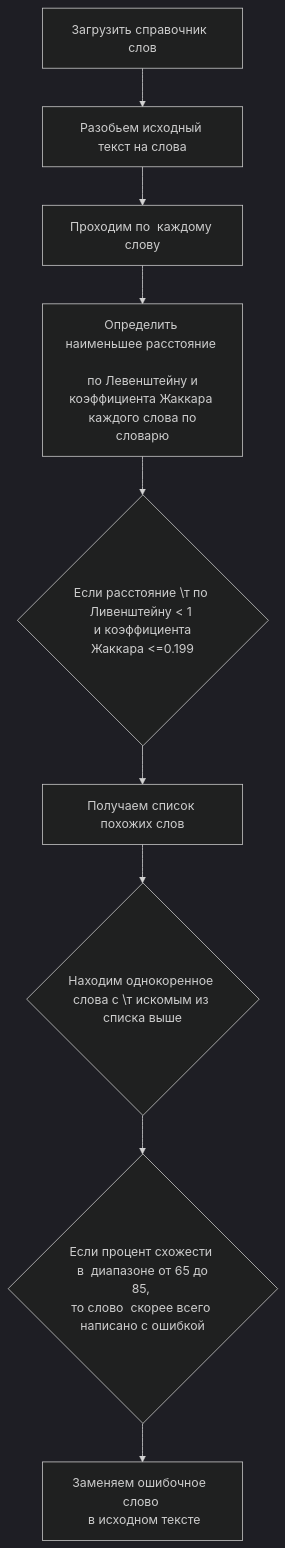
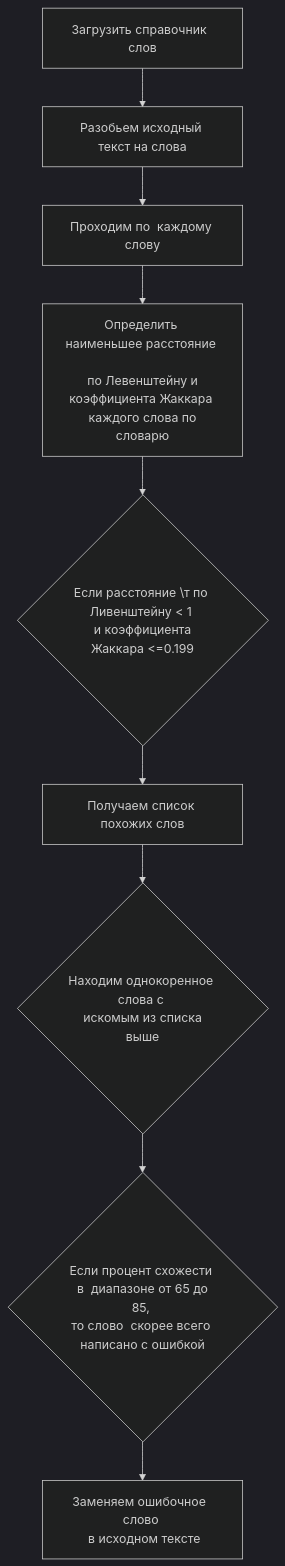
The diagram in README.MD (Barolina/search_spelling_errors), drawn with Mermaid (dark theme) before and after one commit. The commit also changed other lines of this file, not shown here.

````diff
--- a/README.MD
+++ b/README.MD
@@ -23,22 +23,22 @@
 ```mermaid
 flowchart TB
 	A[Загрузить справочник  слов]
 	B[Разобьем исходный текст на слова]
 	C[Проходим по  каждому слову]		
 	M[Определить наименьшее расстояние  \n по Левенштейну и коэффициента Жаккара \n каждого слова по словарю]
 	D{Если расстояние \т по Ливенштейну < 1 \n и коэффициента Жаккара <=0.199}
 	H[Получаем список похожих слов]
-	J{Находим однокоренное слова с \т искомым из списка выше}
+	J{Находим однокоренное слова с \n искомым из списка выше}
 	K{Если процент схожести \n в  диапазоне от 65 до 85, \n то слово  скорее всего  написано с ошибкой}
 	L[Заменяем ошибочное  слово \n в исходном тексте]
 	A --> B
 	B --> C	 	
 	C --> M	
 	M --> D
 	D --> H	
 	H --> J
 	J --> K	
 	K --> L
 	
 
 ```
````
